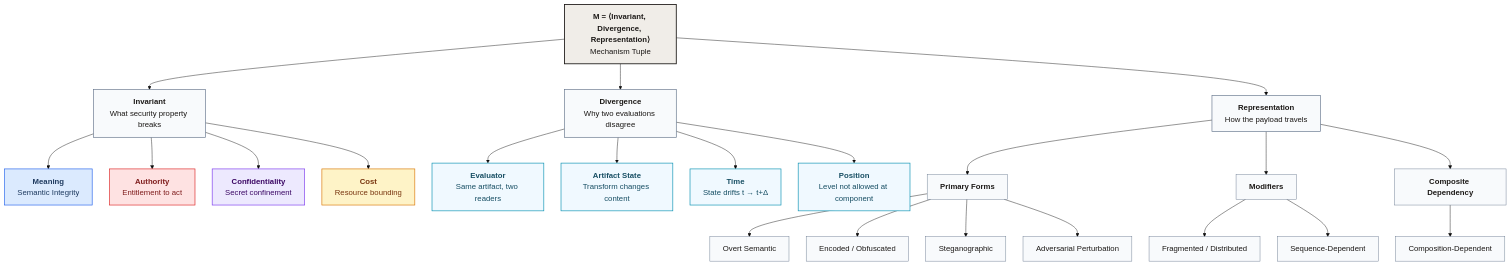
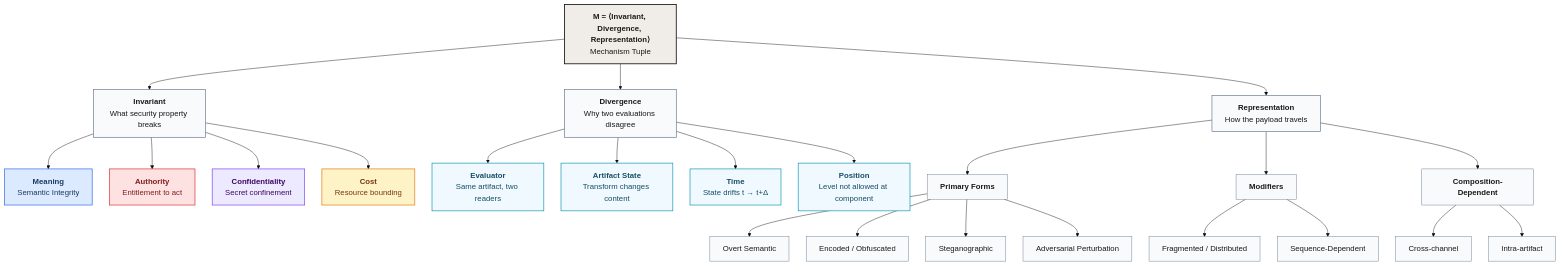
Before and after one commit to cosai-oasis/ws4-secure-design-agentic-systems: the second of 26 diagrams in whitepapers/modality_agnostic_taxonomy.md, drawn with Mermaid. The commit also changed other lines of this file, not shown here.

````diff
--- a/whitepapers/modality_agnostic_taxonomy.md
+++ b/whitepapers/modality_agnostic_taxonomy.md
@@ -209,51 +211,52 @@
 ```mermaid
 %%{init: {"theme": "base", "flowchart": {"nodeSpacing": 40, "rankSpacing": 60, "htmlLabels": true}, "themeVariables": {"fontSize": "18px"}}}%%
 flowchart TD
     ROOT["<b>M = ⟨Invariant, Divergence, Representation⟩</b><br/>Mechanism Tuple"]
 
     ROOT --> INV["<b>Invariant</b><br/>What security property breaks"]
     ROOT --> DIV["<b>Divergence</b><br/>Why two evaluations disagree"]
     ROOT --> REP["<b>Representation</b><br/>How the payload travels"]
 
     INV --> ME["<b>Meaning</b><br/>Semantic Integrity"]
     INV --> AU["<b>Authority</b><br/>Entitlement to act"]
     INV --> CO["<b>Confidentiality</b><br/>Secret confinement"]
     INV --> CS["<b>Cost</b><br/>Resource bounding"]
 
     DIV --> EV["<b>Evaluator</b><br/>Same artifact, two readers"]
     DIV --> AS["<b>Artifact State</b><br/>Transform changes content"]
     DIV --> TI["<b>Time</b><br/>State drifts t → t+Δ"]
     DIV --> PO["<b>Position</b><br/>Level not allowed at component"]
 
     REP --> FORMS["<b>Primary Forms</b>"]
     REP --> MODS["<b>Modifiers</b>"]
-    REP --> COMP["<b>Composite Dependency</b>"]
+    REP --> COMP["<b>Composition-Dependent</b>"]
 
     FORMS --> OS["Overt Semantic"]
     FORMS --> EO["Encoded / Obfuscated"]
     FORMS --> ST["Steganographic"]
     FORMS --> AP["Adversarial Perturbation"]
 
     MODS --> FR["Fragmented / Distributed"]
     MODS --> SD["Sequence-Dependent"]
 
-    COMP --> CD["Composition-Dependent"]
+    COMP --> CC["Cross-channel"]
+    COMP --> IA["Intra-artifact"]
 
     classDef root fill:#f0ede8,stroke:#1c1917,stroke-width:2px,color:#1c1917
     classDef branch fill:#f8fafc,stroke:#64748b,stroke-width:1.5px,color:#1c1917
     classDef meaning fill:#dbeafe,stroke:#2563eb,stroke-width:1.5px,color:#1e3a5f
     classDef authority fill:#fee2e2,stroke:#dc2626,stroke-width:1.5px,color:#7f1d1d
     classDef confid fill:#ede9fe,stroke:#7c3aed,stroke-width:1.5px,color:#3b0764
     classDef cost fill:#fef3c7,stroke:#d97706,stroke-width:1.5px,color:#78350f
     classDef divergence fill:#f0f9ff,stroke:#0891b2,stroke-width:1.5px,color:#164e63
     classDef rep fill:#f8fafc,stroke:#64748b,stroke-width:1px,color:#1c1917
 
     class ROOT root
     class INV,DIV,REP branch
     class ME meaning
     class AU authority
     class CO confid
     class CS cost
     class EV,AS,TI,PO divergence
-    class FORMS,MODS,COMP,OS,EO,ST,AP,FR,SD,CD rep
+    class FORMS,MODS,COMP,OS,EO,ST,AP,FR,SD,CC,IA rep
 ```
````
